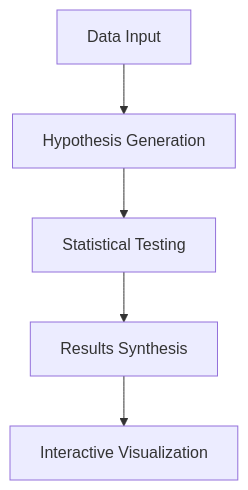
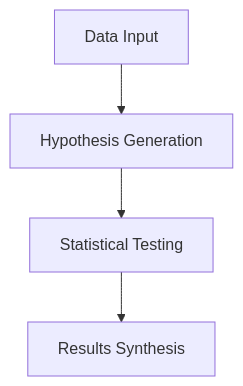
Before and after one commit to gramener/hypoforge: the diagram in README.md, drawn with Mermaid.

````diff
--- a/README.md
+++ b/README.md
@@ -9,7 +9,6 @@
 ```mermaid
 flowchart TD
     A[Data Input] --> B[Hypothesis Generation]
     B --> C[Statistical Testing]
     C --> D[Results Synthesis]
-    D --> E[Interactive Visualization]
 ```
````
